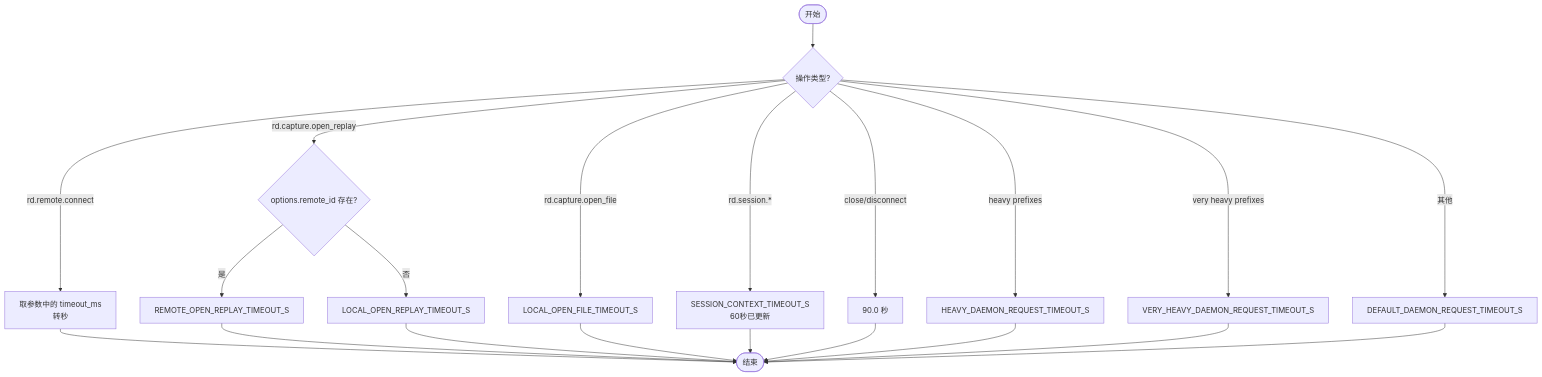
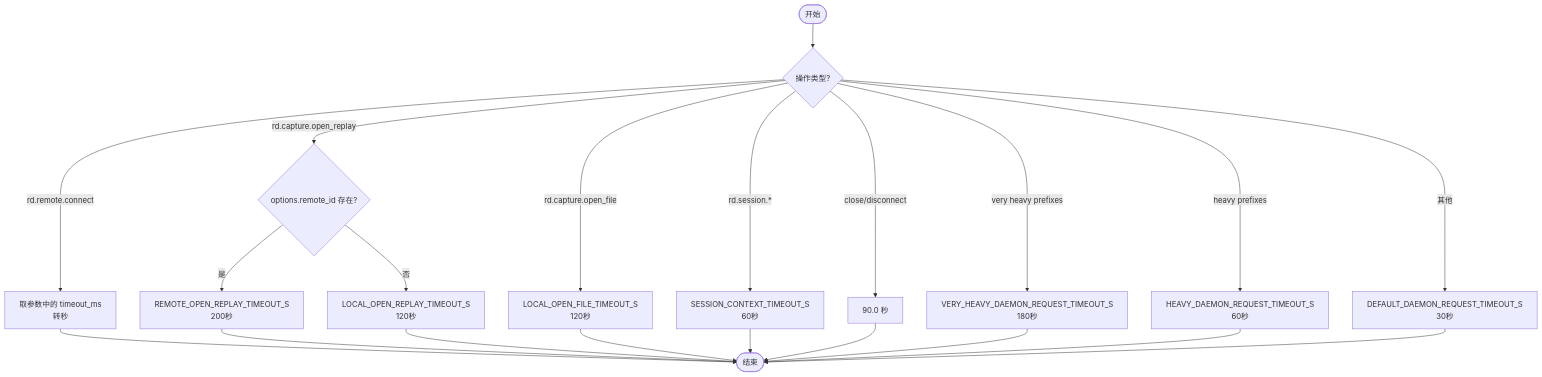
Before and after one commit to haolange/RDC-Tool: the third of 5 diagrams in .qoder/repowiki/zh/content/运行时管理/超时策略管理.md, drawn with Mermaid. The commit also changed other lines of this file and 79 other files, not shown here.

````diff
--- a/.qoder/repowiki/zh/content/运行时管理/超时策略管理.md
+++ b/.qoder/repowiki/zh/content/运行时管理/超时策略管理.md
@@ -141,23 +137,23 @@
 ```mermaid
 flowchart TD
 Start(["开始"]) --> CheckOp{"操作类型?"}
 CheckOp --> |rd.remote.connect| RemoteConn["取参数中的 timeout_ms<br/>转秒"]
 CheckOp --> |rd.capture.open_replay| OpenReplay{"options.remote_id 存在?"}
-OpenReplay --> |是| RemoteOpen["REMOTE_OPEN_REPLAY_TIMEOUT_S"]
-OpenReplay --> |否| LocalOpen["LOCAL_OPEN_REPLAY_TIMEOUT_S"]
-CheckOp --> |rd.capture.open_file| OpenFile["LOCAL_OPEN_FILE_TIMEOUT_S"]
-CheckOp --> |rd.session.*| SessionCtx["SESSION_CONTEXT_TIMEOUT_S<br/>60秒已更新"]
+OpenReplay --> |是| RemoteOpen["REMOTE_OPEN_REPLAY_TIMEOUT_S<br/>200秒"]
+OpenReplay --> |否| LocalOpen["LOCAL_OPEN_REPLAY_TIMEOUT_S<br/>120秒"]
+CheckOp --> |rd.capture.open_file| OpenFile["LOCAL_OPEN_FILE_TIMEOUT_S<br/>120秒"]
+CheckOp --> |rd.session.*| SessionCtx["SESSION_CONTEXT_TIMEOUT_S<br/>60秒"]
 CheckOp --> |close/disconnect| CloseDisc["90.0 秒"]
-CheckOp --> |heavy prefixes| Heavy["HEAVY_DAEMON_REQUEST_TIMEOUT_S"]
-CheckOp --> |very heavy prefixes| VeryHeavy["VERY_HEAVY_DAEMON_REQUEST_TIMEOUT_S"]
-CheckOp --> |其他| Default["DEFAULT_DAEMON_REQUEST_TIMEOUT_S"]
+CheckOp --> |very heavy prefixes| VeryHeavy["VERY_HEAVY_DAEMON_REQUEST_TIMEOUT_S<br/>180秒"]
+CheckOp --> |heavy prefixes| Heavy["HEAVY_DAEMON_REQUEST_TIMEOUT_S<br/>60秒"]
+CheckOp --> |其他| Default["DEFAULT_DAEMON_REQUEST_TIMEOUT_S<br/>30秒"]
 RemoteConn --> End(["结束"])
 RemoteOpen --> End
 LocalOpen --> End
 OpenFile --> End
 SessionCtx --> End
 CloseDisc --> End
+VeryHeavy --> End
 Heavy --> End
-VeryHeavy --> End
 Default --> End
 ```
````
